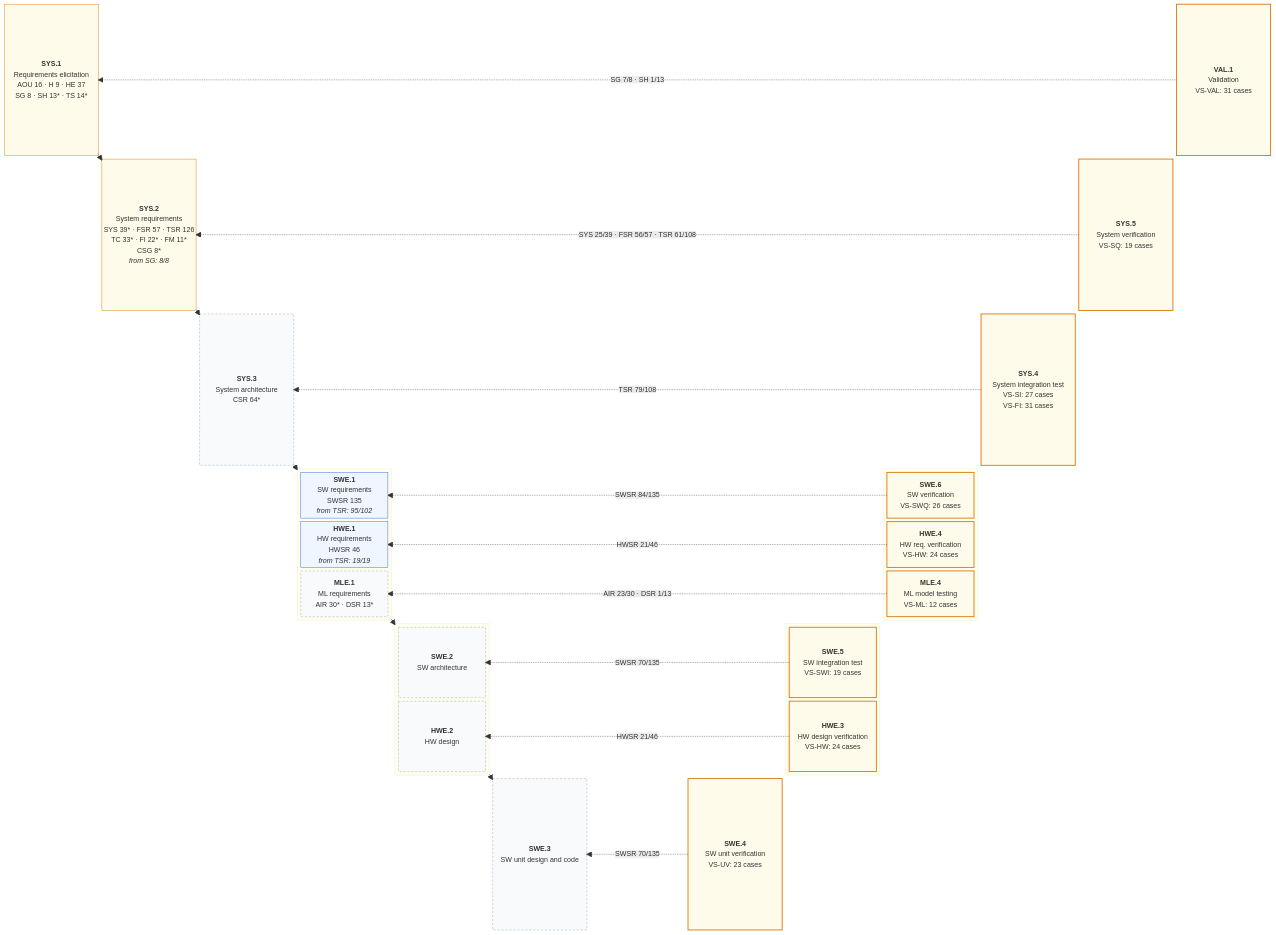
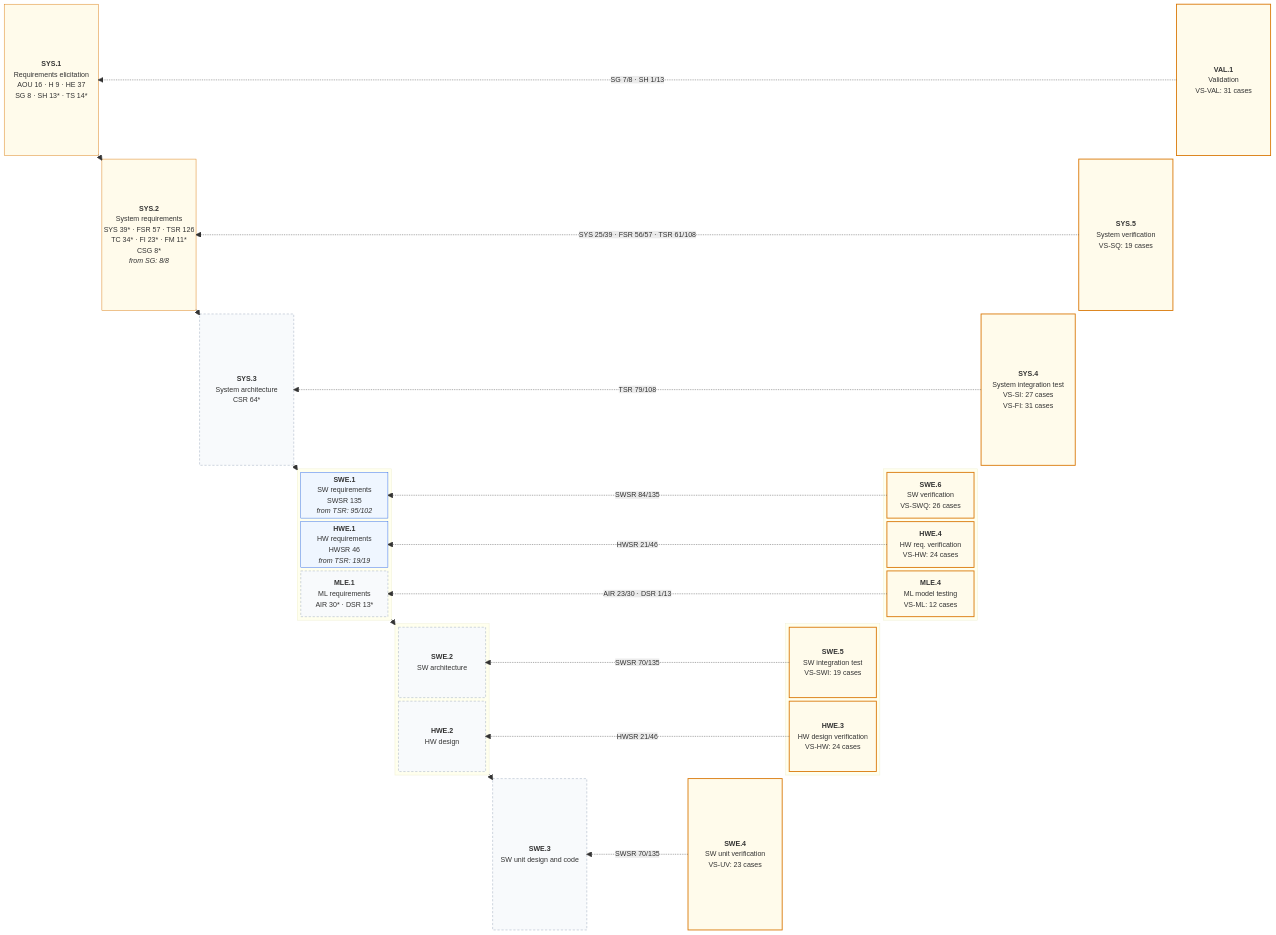
Before and after one commit to jherrodthomas/LionDriver: the first of 2 diagrams in assurance/trace/maps/aspice-trace-map.md, drawn with Mermaid. The commit also changed other lines of this file and 16 other files, not shown here.

```diff
--- a/assurance/trace/maps/aspice-trace-map.md
+++ b/assurance/trace/maps/aspice-trace-map.md
@@ -36,7 +36,7 @@
   space
   VAL1["<b>VAL.1</b><br/>Validation<br/>VS-VAL: 31 cases"]
   space
-  SYS2["<b>SYS.2</b><br/>System requirements<br/>SYS 39* · FSR 57 · TSR 126<br/>TC 33* · FI 22* · FM 11*<br/>CSG 8*<br/><i>from SG: 8/8</i>"]
+  SYS2["<b>SYS.2</b><br/>System requirements<br/>SYS 39* · FSR 57 · TSR 126<br/>TC 34* · FI 23* · FM 11*<br/>CSG 8*<br/><i>from SG: 8/8</i>"]
   space
   space
   space
```
